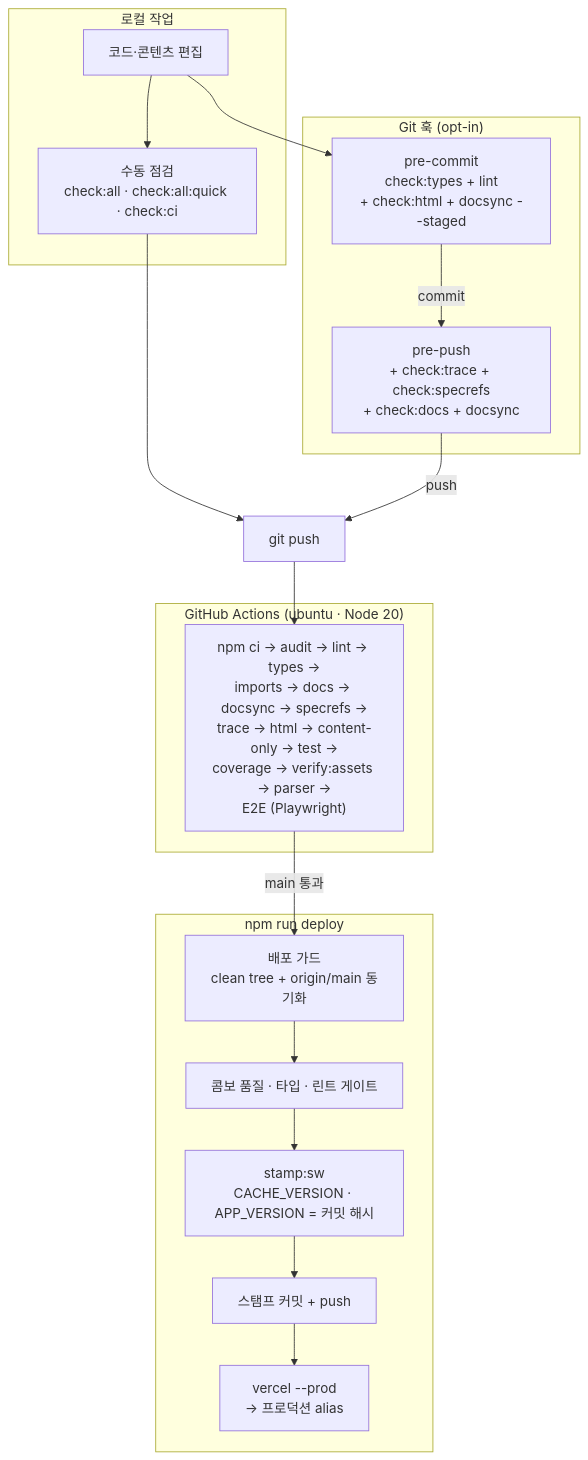
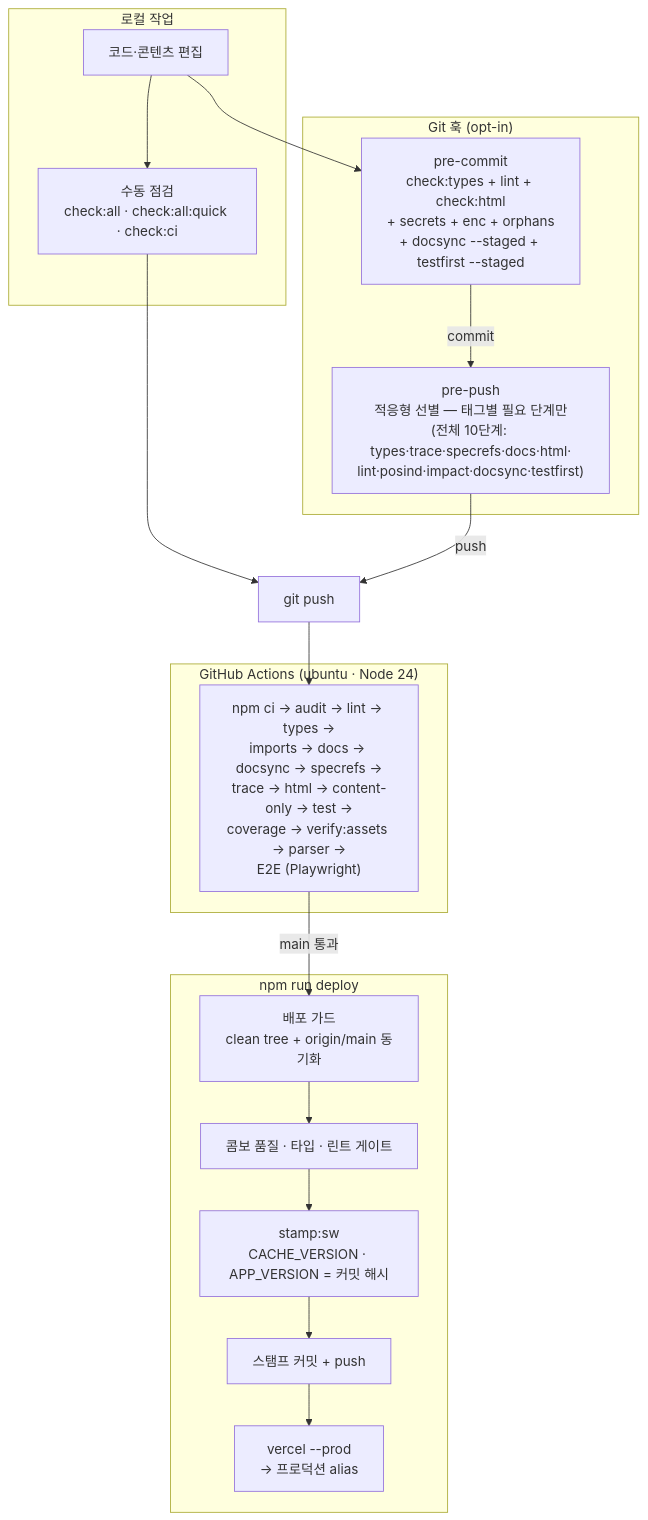
The diagram in docs/dev/runbooks/VERIFY_DEPLOY_PIPELINE.md (skygoldlee-cyber/passok), drawn with Mermaid before and after one commit. The commit also changed other lines of this file and 27 other files, not shown here.

````diff
--- a/docs/dev/runbooks/VERIFY_DEPLOY_PIPELINE.md
+++ b/docs/dev/runbooks/VERIFY_DEPLOY_PIPELINE.md
@@ -14,33 +14,33 @@
 ```mermaid
 flowchart TD
     subgraph LOCAL["로컬 작업"]
         EDIT["코드·콘텐츠 편집"]
         MANUAL["수동 점검<br/>check:all · check:all:quick · check:ci"]
     end
 
     subgraph HOOKS["Git 훅 (opt-in)"]
-        PRECOMMIT["pre-commit<br/>check:types + lint<br/>+ check:html + docsync --staged"]
-        PREPUSH["pre-push<br/>+ check:trace + check:specrefs<br/>+ check:docs + docsync"]
+        PRECOMMIT["pre-commit<br/>check:types + lint + check:html<br/>+ secrets + enc + orphans<br/>+ docsync --staged + testfirst --staged"]
+        PREPUSH["pre-push<br/>적응형 선별 — 태그별 필요 단계만<br/>(전체 10단계: types·trace·specrefs·docs·html·<br/>lint·posind·impact·docsync·testfirst)"]
     end
 
-    subgraph CI["GitHub Actions (ubuntu · Node 20)"]
+    subgraph CI["GitHub Actions (ubuntu · Node 24)"]
         CIFLOW["npm ci → audit → lint → types →<br/>imports → docs → docsync → specrefs →<br/>trace → html → content-only → test →<br/>coverage → verify:assets → parser →<br/>E2E (Playwright)"]
     end
 
     subgraph DEPLOY["npm run deploy"]
         GUARD["배포 가드<br/>clean tree + origin/main 동기화"]
         QUALITY["콤보 품질 · 타입 · 린트 게이트"]
         STAMP["stamp:sw<br/>CACHE_VERSION · APP_VERSION = 커밋 해시"]
         STAMPCOMMIT["스탬프 커밋 + push"]
         VERCEL["vercel --prod<br/>→ 프로덕션 alias"]
     end
 
     EDIT --> MANUAL
     EDIT --> PRECOMMIT
     MANUAL --> PUSH["git push"]
     PRECOMMIT -->|"commit"| PREPUSH
     PREPUSH -->|"push"| PUSH
     PUSH --> CIFLOW
     CIFLOW -->|"main 통과"| GUARD
     GUARD --> QUALITY --> STAMP --> STAMPCOMMIT --> VERCEL
 ```
````
